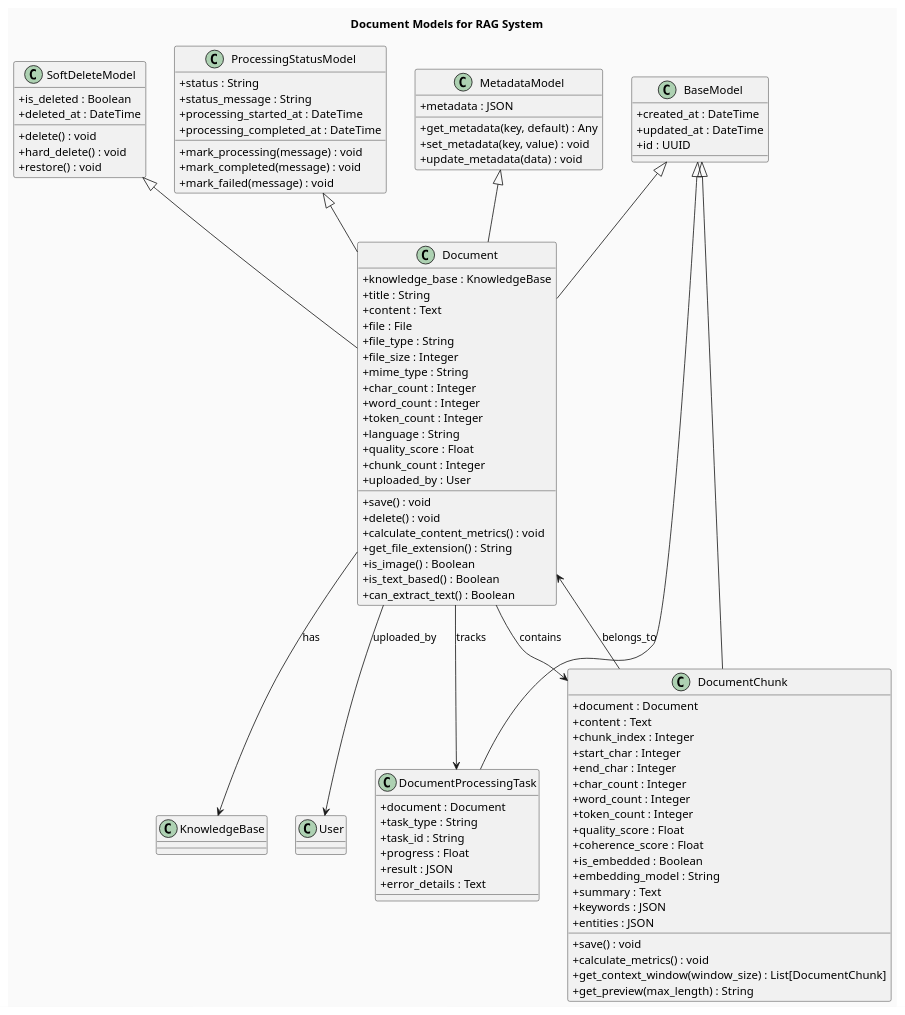
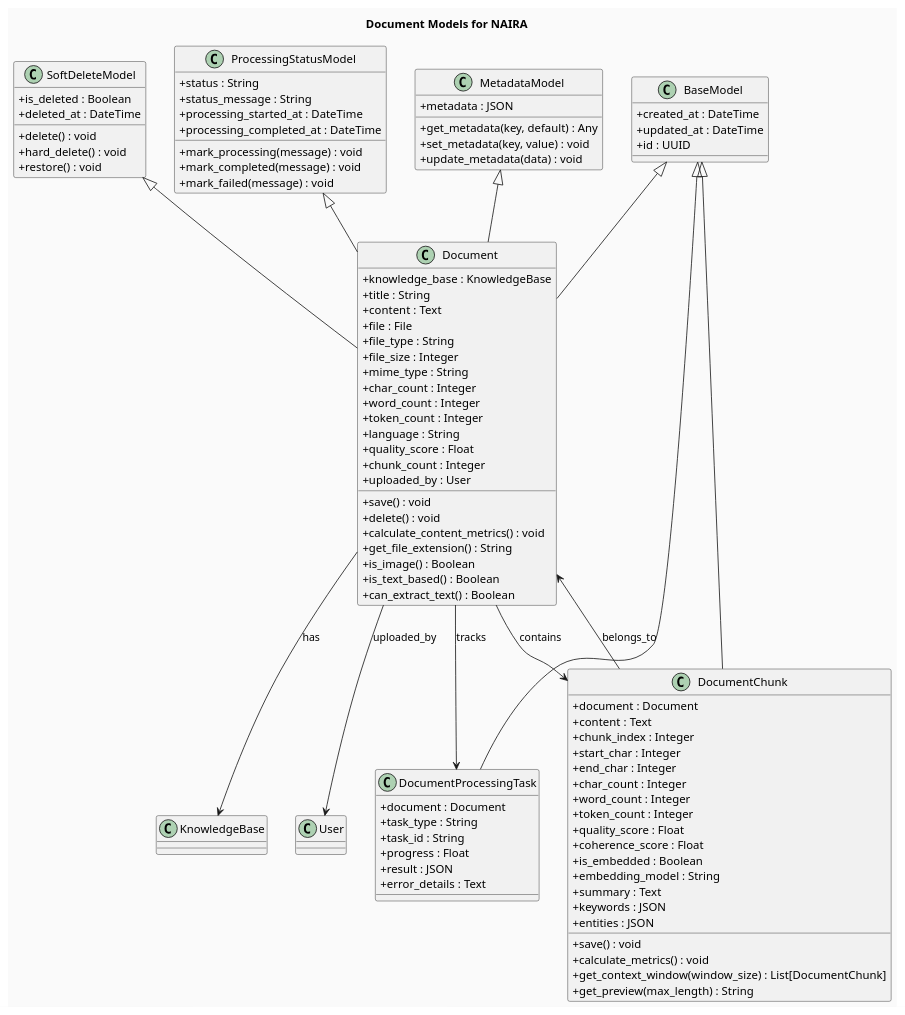
One commit to Smartappli/NAIRA changed the diagram in Diagrams/apps.documents.models.puml. Above: the diagram before and after it, drawn with PlantUML. The commit also changed 5 other files, not shown here.

Commit message:
Diagrams updated

```diff
--- a/Diagrams/apps.documents.models.puml
+++ b/Diagrams/apps.documents.models.puml
@@ -1,112 +1,112 @@
 @startuml
 skinparam backgroundColor #FAFAFA
 skinparam classAttributeIconSize 0
 skinparam classFontSize 14
 skinparam classFontColor #000000
 
-title Document Models for RAG System
+title Document Models for NAIRA
 
 ' --- Base Classes ---
 class BaseModel {
   + created_at : DateTime
   + updated_at : DateTime
   + id : UUID
 }
 
 class ProcessingStatusModel {
   + status : String
   + status_message : String
   + processing_started_at : DateTime
   + processing_completed_at : DateTime
   + mark_processing(message) : void
   + mark_completed(message) : void
   + mark_failed(message) : void
 }
 
 class MetadataModel {
   + metadata : JSON
   + get_metadata(key, default) : Any
   + set_metadata(key, value) : void
   + update_metadata(data) : void
 }
 
 class SoftDeleteModel {
   + is_deleted : Boolean
   + deleted_at : DateTime
   + delete() : void
   + hard_delete() : void
   + restore() : void
 }
 
 ' --- Document Class ---
 class Document {
   + knowledge_base : KnowledgeBase
   + title : String
   + content : Text
   + file : File
   + file_type : String
   + file_size : Integer
   + mime_type : String
   + char_count : Integer
   + word_count : Integer
   + token_count : Integer
   + language : String
   + quality_score : Float
   + chunk_count : Integer
   + uploaded_by : User
   + save() : void
   + delete() : void
   + calculate_content_metrics() : void
   + get_file_extension() : String
   + is_image() : Boolean
   + is_text_based() : Boolean
   + can_extract_text() : Boolean
 }
 
 ' --- Document Chunk Class ---
 class DocumentChunk {
   + document : Document
   + content : Text
   + chunk_index : Integer
   + start_char : Integer
   + end_char : Integer
   + char_count : Integer
   + word_count : Integer
   + token_count : Integer
   + quality_score : Float
   + coherence_score : Float
   + is_embedded : Boolean
   + embedding_model : String
   + summary : Text
   + keywords : JSON
   + entities : JSON
   + save() : void
   + calculate_metrics() : void
   + get_context_window(window_size) : List[DocumentChunk]
   + get_preview(max_length) : String
 }
 
 ' --- Document Processing Task Class ---
 class DocumentProcessingTask {
   + document : Document
   + task_type : String
   + task_id : String
   + progress : Float
   + result : JSON
   + error_details : Text
 }
 
 ' --- Relationships ---
 BaseModel <|-- Document
 BaseModel <|-- DocumentChunk
 BaseModel <|-- DocumentProcessingTask
 ProcessingStatusModel <|-- Document
 MetadataModel <|-- Document
 SoftDeleteModel <|-- Document
 Document --> KnowledgeBase : has
 Document --> User : uploaded_by
 Document --> DocumentChunk : contains
 Document --> DocumentProcessingTask : tracks
 DocumentChunk --> Document : belongs_to
 
 @enduml
```
